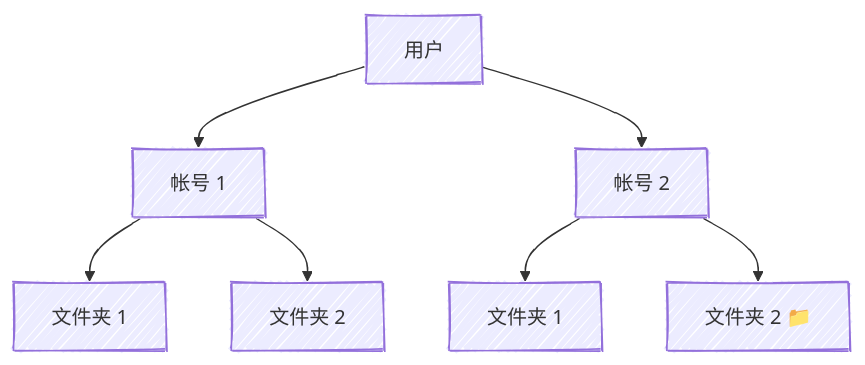
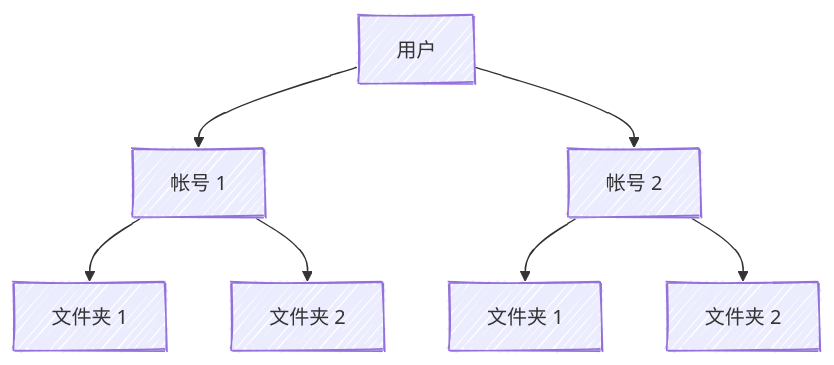
One commit to leungsekyu/leungsekyu-blog changed the diagram in src/content/blog/hoh-frontend-1.md. Above: the diagram before and after it, drawn with Mermaid. The commit also changed other lines of this file, not shown here.

Commit message:
测试：Mermaid 渲染

````diff
--- a/src/content/blog/hoh-frontend-1.md
+++ b/src/content/blog/hoh-frontend-1.md
@@ -48,13 +48,13 @@
 ```mermaid
 %%{init: {'look': 'handDrawn'}}%%
 graph TD
   A[用户]
     B[帐号 1]
       B --> B1[文件夹 1]
       B --> B2[文件夹 2]
     C[帐号 2]
       C --> C1[文件夹 1]
-      C --> C2[文件夹 2 📁]
+      C --> C2[文件夹 2]
   A --> B
   A --> C
 ```
````
